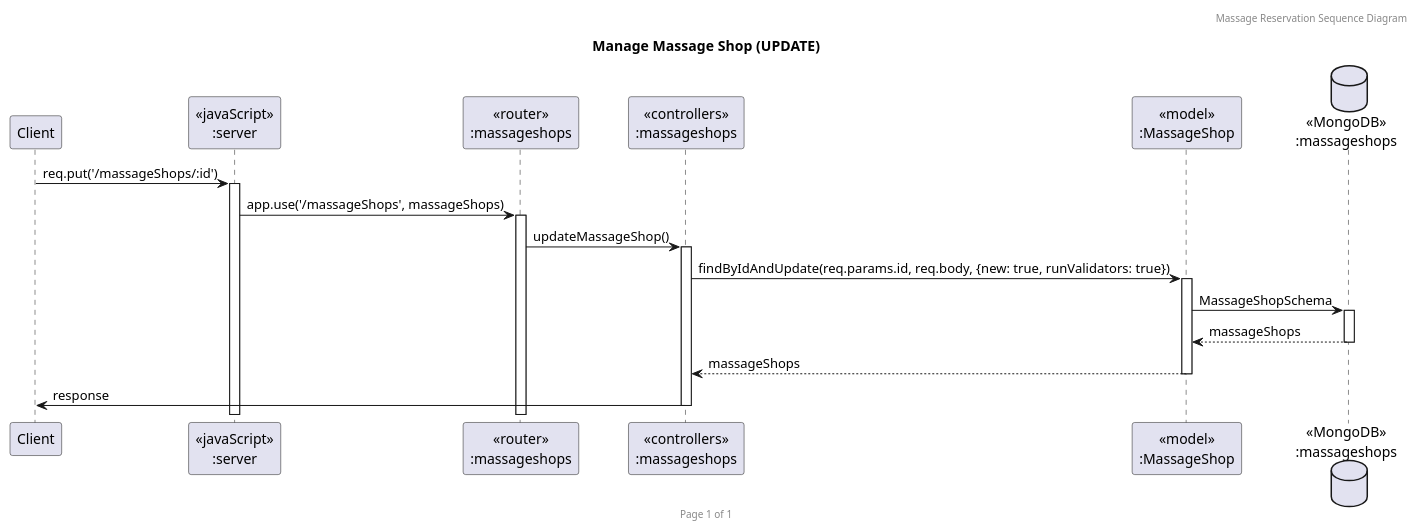
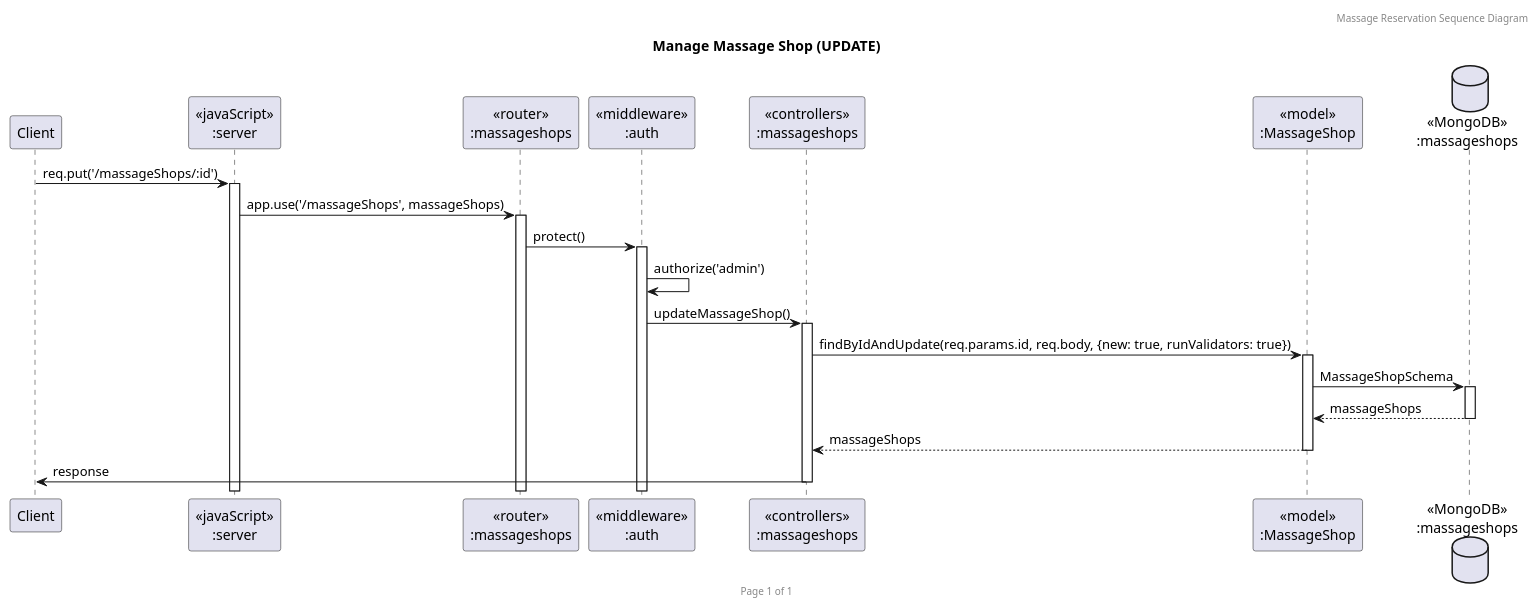
Before and after one commit to 2110503TACEDT66/presentation-day-1-organic-soi-ju: the diagram in UpdateShop.puml, drawn with PlantUML. The commit also changed 3 other files, not shown here.

Commit message:
Shop SeqDiagram (add auth)

```diff
--- a/UpdateShop.puml
+++ b/UpdateShop.puml
@@ -1,23 +1,26 @@
 @startuml Manage Massage Shop (UPDATE)
 
 header Massage Reservation Sequence Diagram
 footer Page %page% of %lastpage%
 title "Manage Massage Shop (UPDATE)"
 
 participant "Client" as client
 participant "<<javaScript>>\n:server" as server
 participant "<<router>>\n:massageshops" as routerMassageShops
+participant "<<middleware>>\n:auth" as middlewareAuth
 participant "<<controllers>>\n:massageshops" as controllersMassageShops
 participant "<<model>>\n:MassageShop" as modelMassageShop
 database "<<MongoDB>>\n:massageshops" as MassageShopsDatabase
 
 client->server ++:req.put('/massageShops/:id')
 server->routerMassageShops ++:app.use('/massageShops', massageShops)
-routerMassageShops -> controllersMassageShops ++:updateMassageShop()
+routerMassageShops->middlewareAuth ++:protect()
+middlewareAuth->middlewareAuth :authorize('admin')
+middlewareAuth -> controllersMassageShops ++:updateMassageShop()
 controllersMassageShops->modelMassageShop ++:findByIdAndUpdate(req.params.id, req.body, {new: true, runValidators: true})
 modelMassageShop ->MassageShopsDatabase ++: MassageShopSchema
 MassageShopsDatabase --> modelMassageShop --: massageShops
 controllersMassageShops <-- modelMassageShop --:massageShops
 controllersMassageShops->client --:response
 
 @enduml
```
